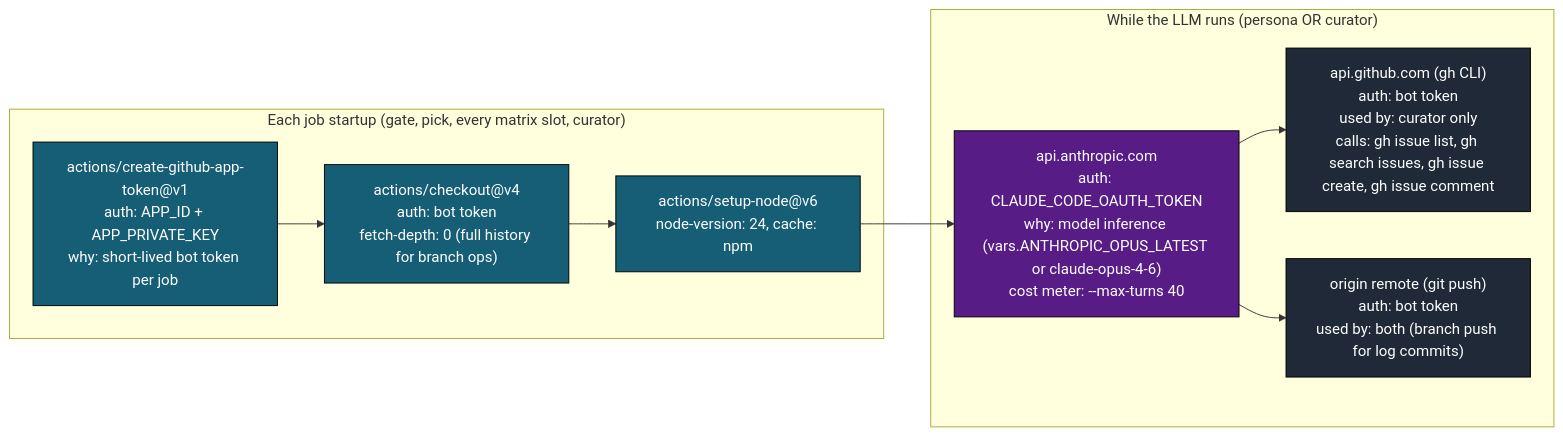
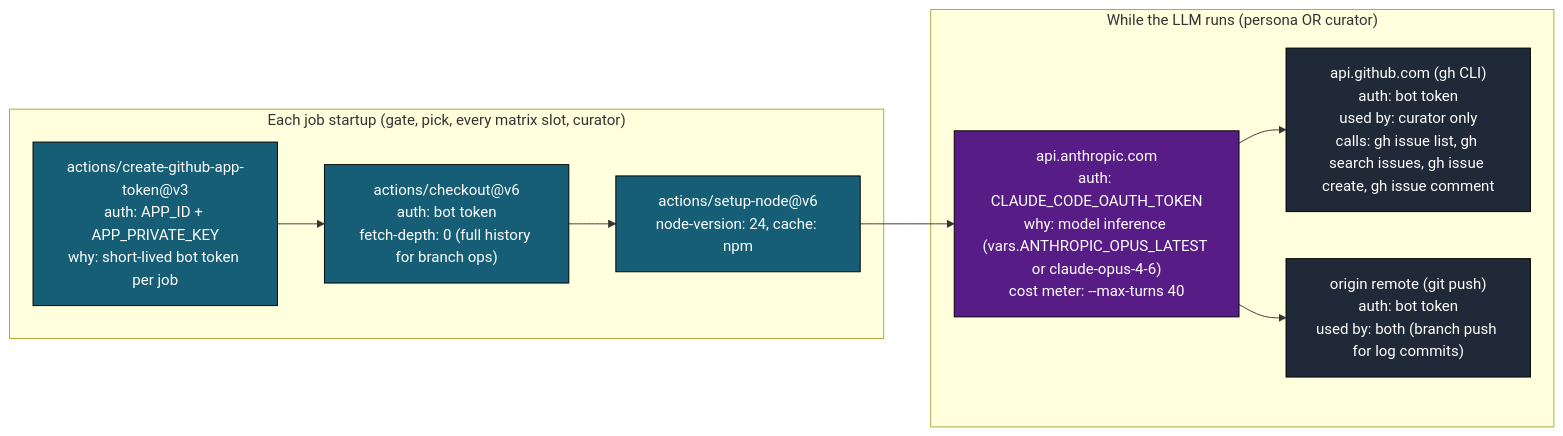
The eighth of 12 diagrams in .github/docs/PERSONAS_RUN_DEEP_DIVE.md (llm-exe/llm-exe), drawn with Mermaid before and after one commit. The commit also changed 19 other files, not shown here.

First line of the commit message:
Update GitHub Actions to use latest versions of create-github-app-token and checkout actions

````diff
--- a/.github/docs/PERSONAS_RUN_DEEP_DIVE.md
+++ b/.github/docs/PERSONAS_RUN_DEEP_DIVE.md
@@ -482,24 +482,24 @@
 ```mermaid
 flowchart LR
     classDef pre fill:#155e75,color:#fff,stroke:#000
     classDef llm fill:#581c87,color:#fff,stroke:#000
     classDef gh fill:#1f2937,color:#fff,stroke:#000
 
     subgraph Pre["Each job startup (gate, pick, every matrix slot, curator)"]
-        c1["actions/create-github-app-token@v1\nauth: APP_ID + APP_PRIVATE_KEY\nwhy: short-lived bot token per job"]:::pre
-        c2["actions/checkout@v4\nauth: bot token\nfetch-depth: 0 (full history for branch ops)"]:::pre
+        c1["actions/create-github-app-token@v3\nauth: APP_ID + APP_PRIVATE_KEY\nwhy: short-lived bot token per job"]:::pre
+        c2["actions/checkout@v6\nauth: bot token\nfetch-depth: 0 (full history for branch ops)"]:::pre
         c3["actions/setup-node@v6\nnode-version: 24, cache: npm"]:::pre
     end
 
     subgraph During["While the LLM runs (persona OR curator)"]
         d1["api.anthropic.com\nauth: CLAUDE_CODE_OAUTH_TOKEN\nwhy: model inference (vars.ANTHROPIC_OPUS_LATEST or claude-opus-4-6)\ncost meter: --max-turns 40"]:::llm
         d2["api.github.com (gh CLI)\nauth: bot token\nused by: curator only\ncalls: gh issue list, gh search issues, gh issue create, gh issue comment"]:::gh
         d3["origin remote (git push)\nauth: bot token\nused by: both (branch push for log commits)"]:::gh
     end
 
     c1 --> c2
     c2 --> c3
     c3 --> d1
     d1 --> d2
     d1 --> d3
 ```
````
